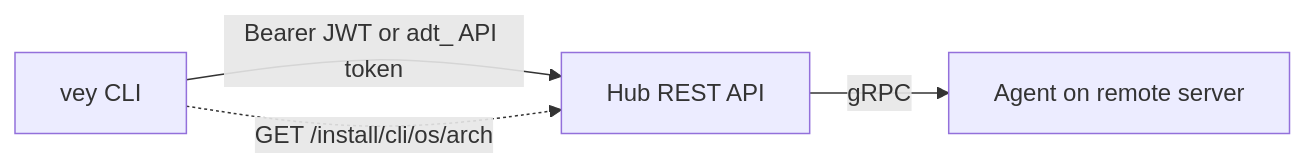
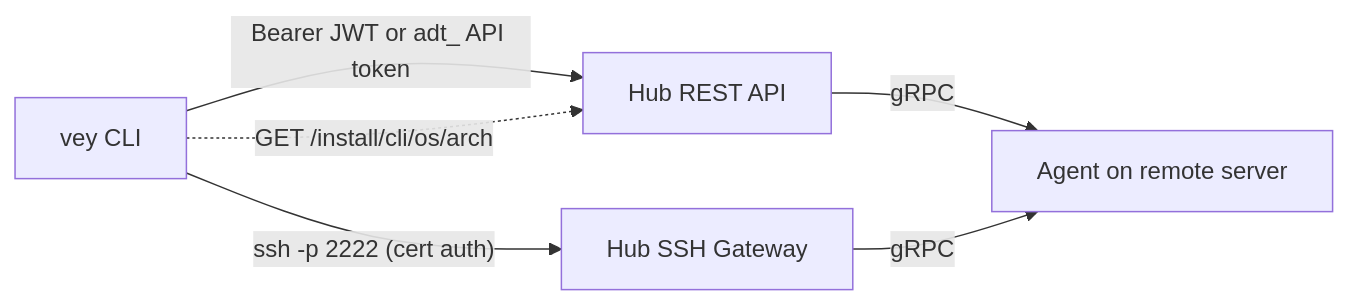
Before and after one commit to lorconksu/veyport: the diagram in docs/wiki/CLI.md, drawn with Mermaid. The commit also changed other lines of this file and 51 other files, not shown here.

First line of the commit message:
feat: SSH gateway — native ssh access to fleet servers (feature 005) (#65)

````diff
--- a/docs/wiki/CLI.md
+++ b/docs/wiki/CLI.md
@@ -31,6 +31,8 @@
 ```mermaid
 flowchart LR
     A[vey CLI] -- "Bearer JWT or adt_ API token" --> B[Hub REST API]
     B -- gRPC --> C[Agent on remote server]
     A -. "GET /install/cli/os/arch" .-> B
+    A -- "ssh -p 2222 (cert auth)" --> D[Hub SSH Gateway]
+    D -- gRPC --> C
 ```
````
